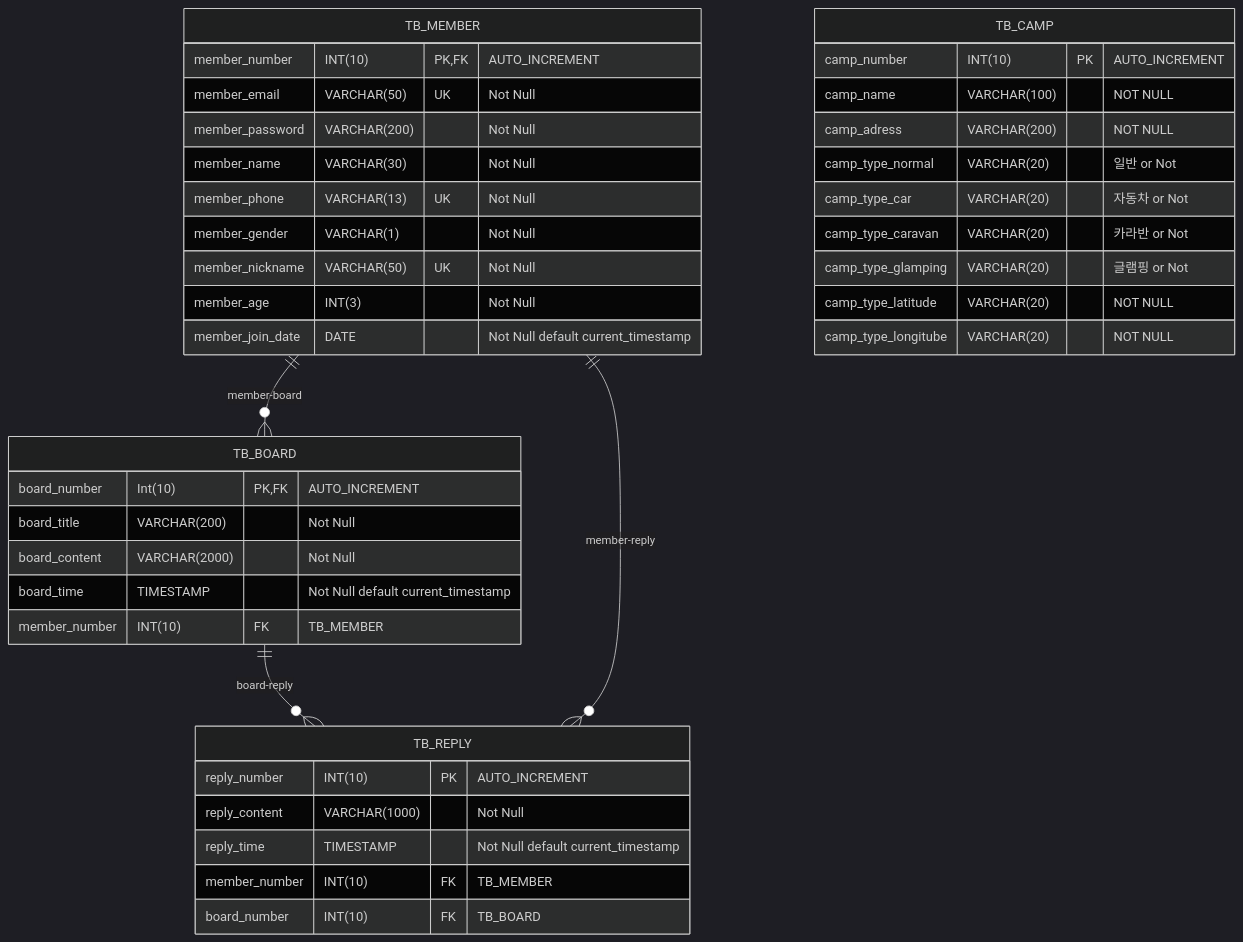
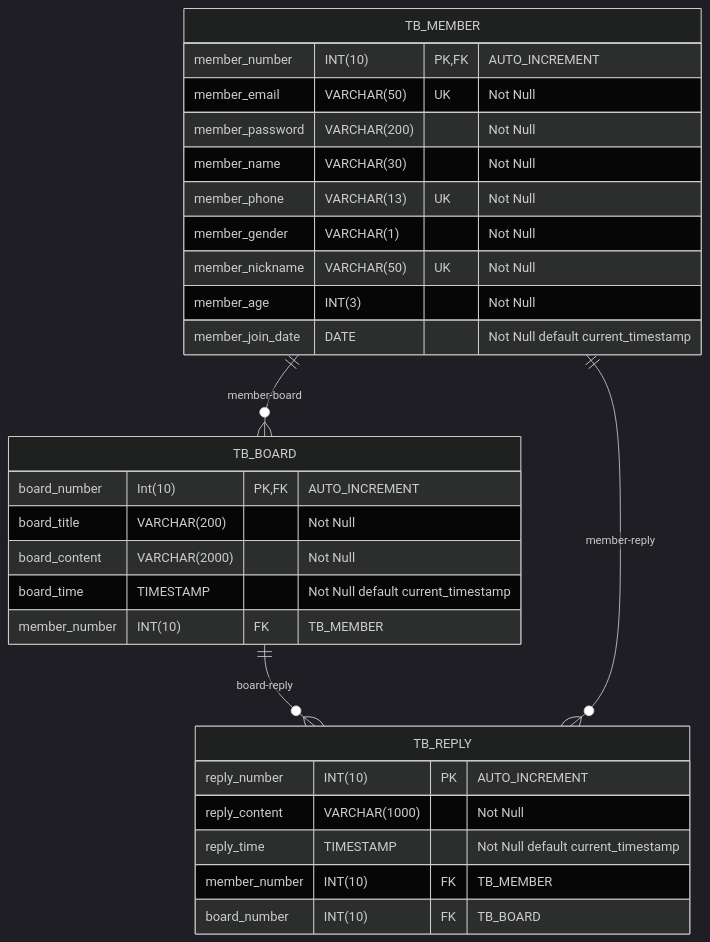
One commit to Choongang-Third-Project/jeju-campking changed the third of 6 diagrams in docs/README.md. Above: the diagram before and after it, drawn with Mermaid (dark theme). The commit also changed other lines of this file and 12 other files, not shown here.

````diff
--- a/docs/README.md
+++ b/docs/README.md
@@ -141,47 +149,34 @@
 ```mermaid
 erDiagram
     TB_MEMBER ||--o{ TB_BOARD: member-board
     TB_BOARD ||--o{ TB_REPLY: board-reply
     TB_MEMBER ||--o{ TB_REPLY: member-reply
 
     TB_MEMBER {
         member_number INT(10) PK, FK "AUTO_INCREMENT"
         member_email VARCHAR(50) UK "Not Null"
         member_password VARCHAR(200) "Not Null"
         member_name VARCHAR(30) "Not Null"
         member_phone VARCHAR(13) UK "Not Null"
         member_gender VARCHAR(1) "Not Null"
         member_nickname VARCHAR(50) UK "Not Null"
         member_age INT(3) "Not Null"
         member_join_date DATE "Not Null default current_timestamp"
     }
 
     TB_BOARD {
         board_number Int(10) PK, FK "AUTO_INCREMENT"
         board_title VARCHAR(200) "Not Null"
         board_content VARCHAR(2000) "Not Null"
         board_time TIMESTAMP "Not Null default current_timestamp"
         member_number INT(10) FK "TB_MEMBER"
     }
 
     TB_REPLY {
         reply_number INT(10) PK "AUTO_INCREMENT"
         reply_content VARCHAR(1000) "Not Null"
         reply_time TIMESTAMP "Not Null default current_timestamp"
         member_number INT(10) FK "TB_MEMBER"
         board_number INT(10) FK "TB_BOARD"
     }
-
-    TB_CAMP {
-        camp_number INT(10) PK "AUTO_INCREMENT"
-        camp_name VARCHAR(100) "NOT NULL"
-        camp_adress VARCHAR(200) "NOT NULL"
-        camp_type_normal VARCHAR(20) "일반 or Not"
-        camp_type_car VARCHAR(20) "자동차 or Not"
-        camp_type_caravan VARCHAR(20) "카라반 or Not"
-        camp_type_glamping VARCHAR(20) "글램핑 or Not"
-        camp_type_latitude VARCHAR(20) "NOT NULL"
-        camp_type_longitube VARCHAR(20) "NOT NULL"
-    }
-
 ```
````
